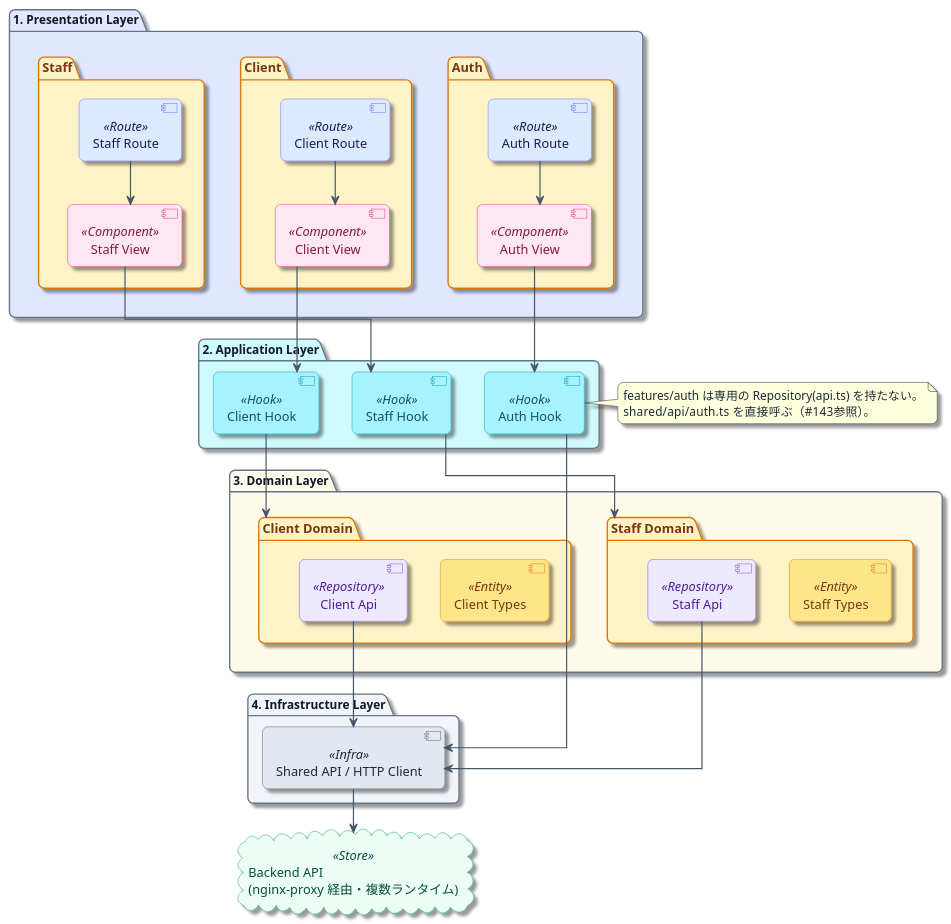
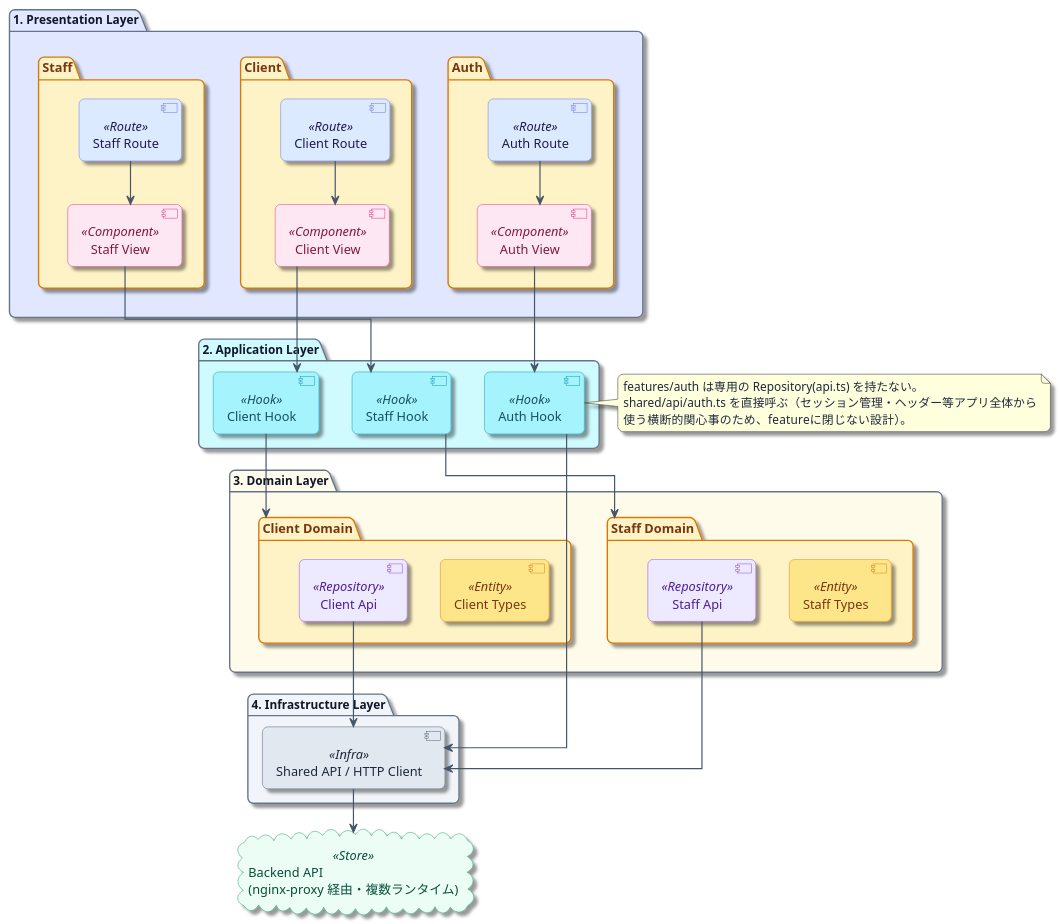
Before and after one commit to bobtabo/authorization: the diagram in docs/architecture/frontend.puml, drawn with PlantUML.

Commit message:
docs(#145): frontend.pumlの吹き出しからIssue番号参照を削除し自己完結に
「#143参照」は図単体で見た人には文脈が分からないため、理由（横断的関心事のため
featureに閉じない設計）を吹き出し内に直接書く。

```diff
--- a/docs/architecture/frontend.puml
+++ b/docs/architecture/frontend.puml
@@ -1,141 +1,142 @@
 @startuml
 ' docs/architecture/backend.puml のフロントエンド版
 ' Feature-Based Architecture + Custom Hooks 構成（#140〜#143 で導入）を層構造として可視化
 ' 主フローは上→下。各層内は左→右（Auth→Client→Staff）で視線は左上→右下に近い
 skinparam shadowing true
 skinparam roundcorner 12
 skinparam BoxPadding 8
 skinparam linetype ortho
 skinparam nodesep 36
 skinparam ranksep 48
 top to bottom direction
 
 skinparam defaultFontColor #1E293B
 skinparam ArrowColor #475569
 skinparam ArrowThickness 1.3
 
 skinparam package {
     BorderColor #64748B
     FontColor #0F172A
     FontStyle bold
     FontSize 13
 }
 
 skinparam component<<Route>> {
     BackgroundColor #DBEAFE
     BorderColor #6366F1
     FontColor #1E1B4B
 }
 skinparam component<<Component>> {
     BackgroundColor #FCE7F3
     BorderColor #DB2777
     FontColor #831843
 }
 skinparam component<<Hook>> {
     BackgroundColor #A5F3FC
     BorderColor #0891B2
     FontColor #164E63
 }
 skinparam component<<Entity>> {
     BackgroundColor #FDE68A
     BorderColor #D97706
     FontColor #78350F
 }
 skinparam component<<Repository>> {
     BackgroundColor #EDE9FE
     BorderColor #7C3AED
     FontColor #4C1D95
 }
 skinparam component<<Infra>> {
     BackgroundColor #E2E8F0
     BorderColor #475569
     FontColor #1E293B
 }
 skinparam cloud<<Store>> {
     BackgroundColor #ECFDF5
     BorderColor #059669
     FontColor #064E3B
 }
 
 skinparam folder {
     BackgroundColor #FEF3C7
     BorderColor #D97706
     FontColor #78350F
 }
 
 ' 凡例（実ディレクトリとの対応）
 ' Route      = app/**/page.tsx（薄いラッパー。ロジックを持たずViewを呼ぶだけ）
 ' Component  = features/*/components/*.tsx（View。見た目のみ）
 ' Hook       = features/*/hooks/*.ts（Application/UseCase。状態管理・API呼び出し）
 ' Entity     = features/*/types.ts（Value Object・定数）
 ' Repository = features/*/api.ts（バックエンドAPIとの契約。関数のみでinterface/impl分離はない）
 ' Infra      = shared/api/http.ts・client.ts・auth.ts・gate.ts・notifications.ts・invitation.ts
 ' Store      = 各バックエンド（PHP Laravel 等、nginx-proxy 経由の複数ランタイム）
 
 package "1. Presentation Layer" #E0E7FF {
     folder "Auth" {
         [Auth Route] <<Route>>
         [Auth View] <<Component>>
         [Auth Route] -down-> [Auth View]
     }
     folder "Client" {
         [Client Route] <<Route>>
         [Client View] <<Component>>
         [Client Route] -down-> [Client View]
     }
     folder "Staff" {
         [Staff Route] <<Route>>
         [Staff View] <<Component>>
         [Staff Route] -down-> [Staff View]
     }
     "Auth" -[hidden]right- "Client"
     "Client" -[hidden]right- "Staff"
 }
 
 package "2. Application Layer" #CFFAFE {
     [Auth Hook] <<Hook>>
     [Client Hook] <<Hook>>
     [Staff Hook] <<Hook>>
     [Auth Hook] -[hidden]right- [Client Hook]
     [Client Hook] -[hidden]right- [Staff Hook]
 }
 
 package "3. Domain Layer" #FFFBEB {
     folder "Client Domain" {
         [Client Types] <<Entity>>
         [Client Api] <<Repository>>
     }
     folder "Staff Domain" {
         [Staff Types] <<Entity>>
         [Staff Api] <<Repository>>
     }
     "Client Domain" -[hidden]right- "Staff Domain"
 }
 
 package "4. Infrastructure Layer" #F1F5F9 {
     [Shared API / HTTP Client] <<Infra>>
 }
 
 cloud "Backend API\n(nginx-proxy 経由・複数ランタイム)" as backendApi <<Store>>
 
 [Auth View] -down-> [Auth Hook]
 [Client View] -down-> [Client Hook]
 [Staff View] -down-> [Staff Hook]
 
 [Client Hook] -down-> "Client Domain"
 [Staff Hook] -down-> "Staff Domain"
 
 ' Auth は features/auth 専用の Repository(api.ts) を持たず、shared/api/auth.ts を直接呼ぶ
 ' （セッション管理・ヘッダー等アプリ全体から使う横断的関心事のため。#143 の設計判断）
 [Auth Hook] -down-> [Shared API / HTTP Client]
 note right of [Auth Hook]
   features/auth は専用の Repository(api.ts) を持たない。
-  shared/api/auth.ts を直接呼ぶ（#143参照）。
+  shared/api/auth.ts を直接呼ぶ（セッション管理・ヘッダー等アプリ全体から
+  使う横断的関心事のため、featureに閉じない設計）。
 end note
 
 [Client Api] -down-> [Shared API / HTTP Client]
 [Staff Api] -down-> [Shared API / HTTP Client]
 
 [Shared API / HTTP Client] -down-> backendApi
 
 @enduml
```
